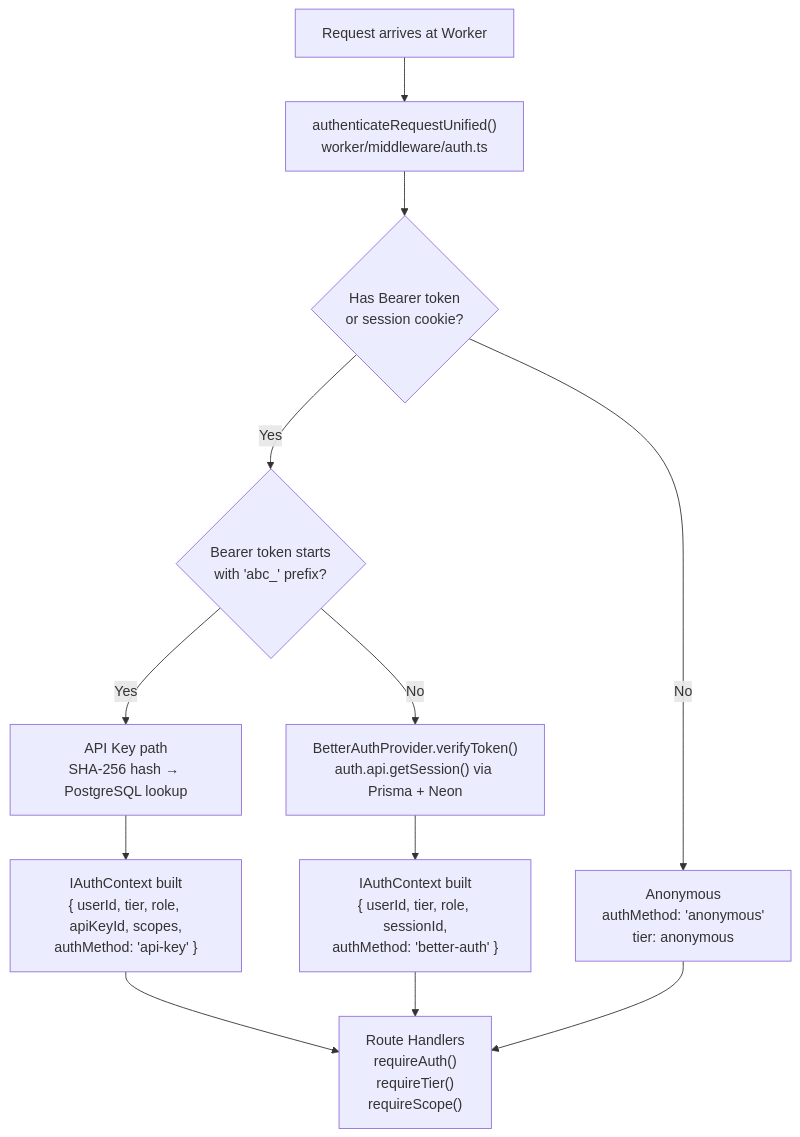
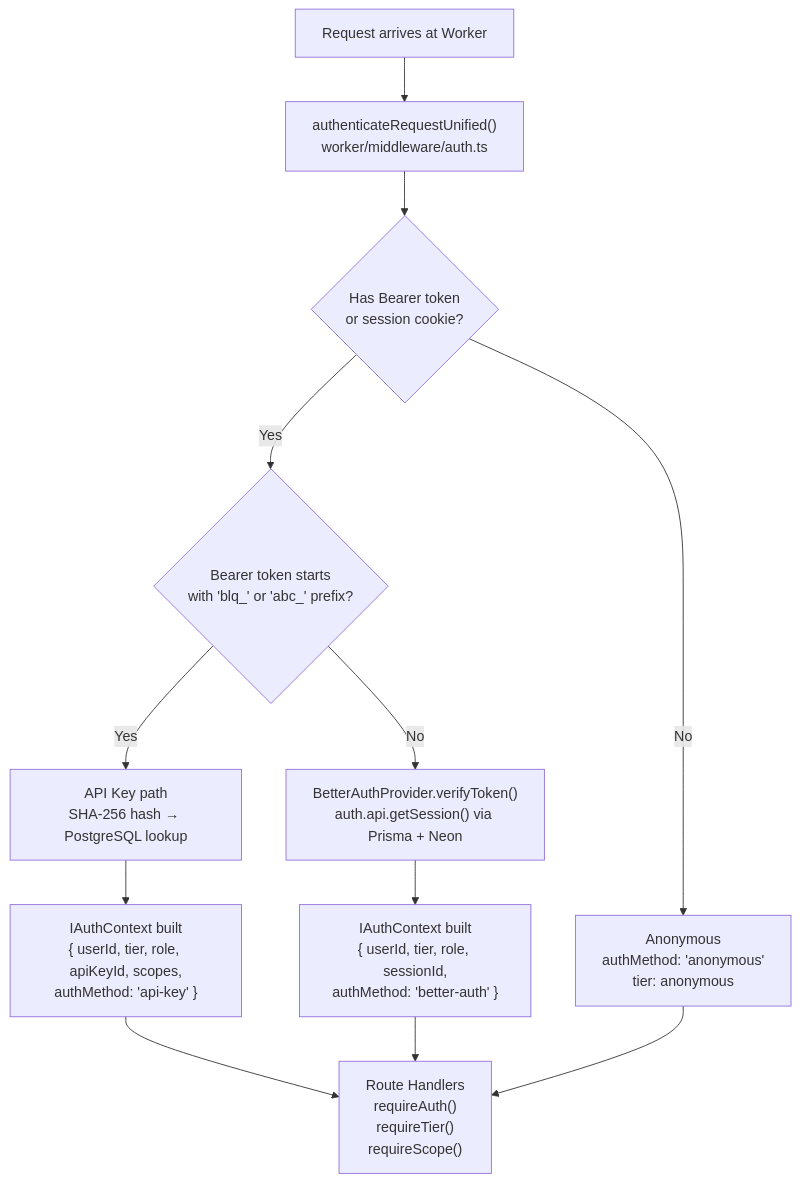
The diagram in docs/auth/developer-guide.md (jaypatrick/adblock-compiler), drawn with Mermaid before and after one commit. The commit also changed other lines of this file and 17 other files, not shown here.

First line of the commit message:
feat(api-keys): rename API key prefix `abc_` → `blq_` with dual-prefix backwards compatibility (#1704)

````diff
--- a/docs/auth/developer-guide.md
+++ b/docs/auth/developer-guide.md
@@ -17,14 +17,14 @@
 ```mermaid
 flowchart TD
     A["Request arrives at Worker"] --> B["authenticateRequestUnified()\nworker/middleware/auth.ts"]
     B --> C{Has Bearer token\nor session cookie?}
     C -->|No| D["Anonymous\nauthMethod: 'anonymous'\ntier: anonymous"]
-    C -->|Yes| E{"Bearer token starts\nwith 'abc_' prefix?"}
+    C -->|Yes| E{"Bearer token starts\nwith 'blq_' or 'abc_' prefix?"}
     E -->|Yes| F["API Key path\nSHA-256 hash → PostgreSQL lookup"]
     E -->|No| G["BetterAuthProvider.verifyToken()\nauth.api.getSession() via Prisma + Neon"]
     F --> H["IAuthContext built\n{ userId, tier, role, apiKeyId, scopes,\nauthMethod: 'api-key' }"]
     G --> H2["IAuthContext built\n{ userId, tier, role, sessionId,\nauthMethod: 'better-auth' }"]
     H --> I["Route Handlers\nrequireAuth()\nrequireTier()\nrequireScope()"]
     H2 --> I
     D --> I
 ```
````
